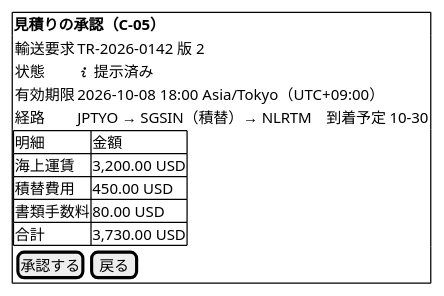
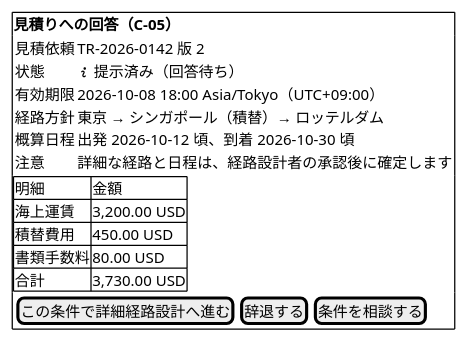
Diagram 12 of 21 in docs/design/cargo-tracker/ui_design.md (k2works/practical-domain-driven-design-in-enterpris-application), drawn with PlantUML before and after one commit. The commit also changed other lines of this file and 25 other files, not shown here.

````diff
--- a/docs/design/cargo-tracker/ui_design.md
+++ b/docs/design/cargo-tracker/ui_design.md
@@ -340,21 +493,23 @@
 ```plantuml
 @startsalt
 {+
-  <b>見積りの承認（C-05）
+  <b>見積りへの回答（C-05）
   {
-    輸送要求 | TR-2026-0142 版 2
-    状態     | <&info> 提示済み
+    見積依頼 | TR-2026-0142 版 2
+    状態     | <&info> 提示済み（回答待ち）
     有効期限 | 2026-10-08 18:00 Asia/Tokyo（UTC+09:00）
-    経路     | JPTYO → SGSIN（積替）→ NLRTM　到着予定 10-30
+    経路方針 | 東京 → シンガポール（積替）→ ロッテルダム
+    概算日程 | 出発 2026-10-12 頃、到着 2026-10-30 頃
+    注意     | 詳細な経路と日程は、経路設計者の承認後に確定します
   }
   {#
     明細 | 金額
     海上運賃 | 3,200.00 USD
     積替費用 | 450.00 USD
     書類手数料 | 80.00 USD
     合計 | 3,730.00 USD
   }
-  { [ 承認する ] | [ 戻る ] }
+  { [ この条件で詳細経路設計へ進む ] | [ 辞退する ] | [ 条件を相談する ] }
 }
 @endsalt
 ```
````
